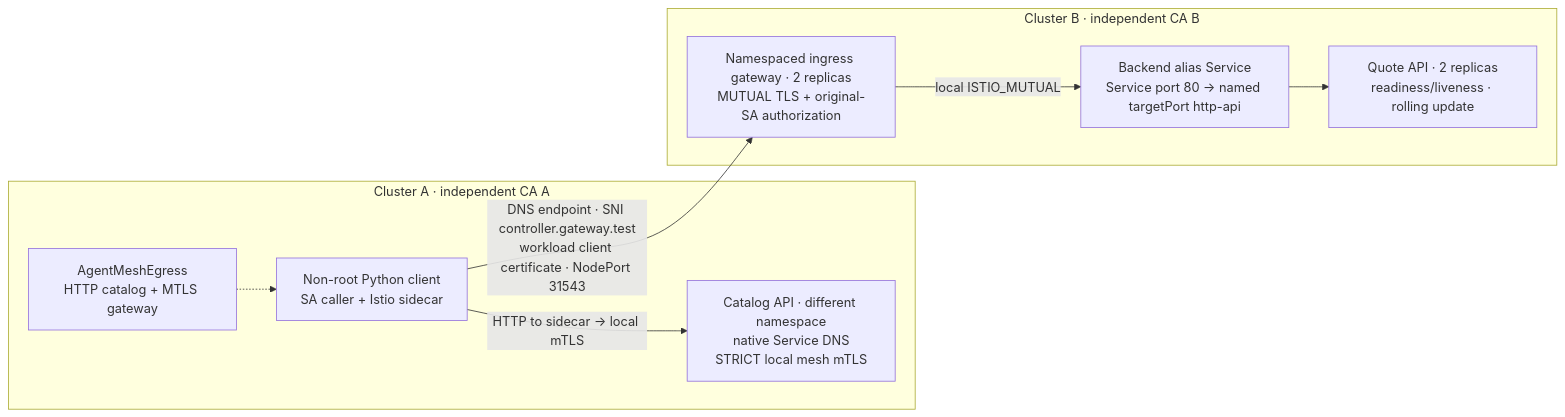
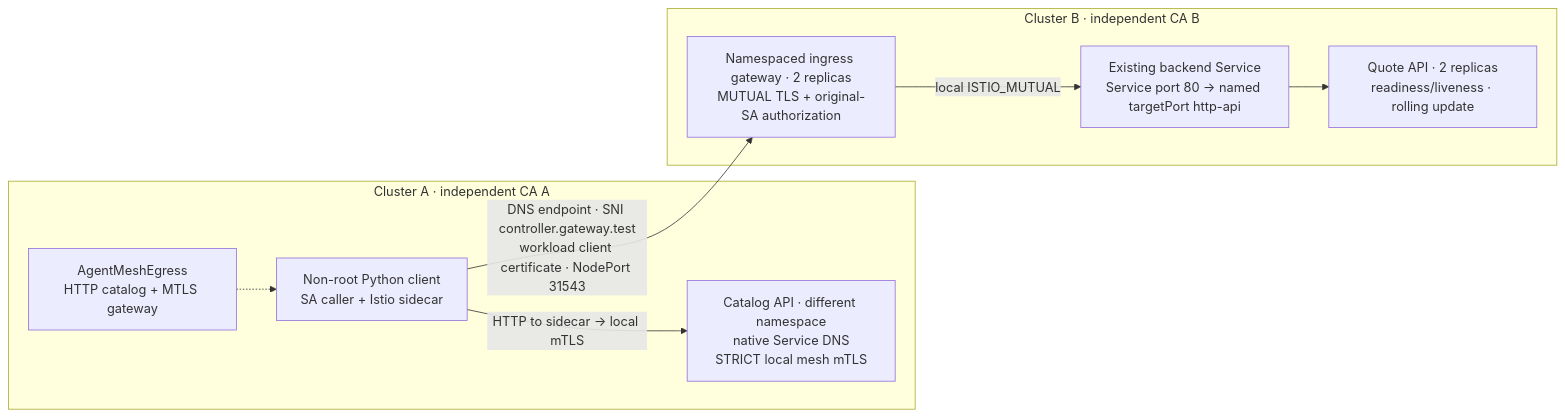
One commit to newtonguass/ai_agent_mesh changed the diagram in APPLICATION-VERIFICATION.md. Above: the diagram before and after it, drawn with Mermaid. The commit also changed other lines of this file and 45 other files, not shown here.

````diff
--- a/APPLICATION-VERIFICATION.md
+++ b/APPLICATION-VERIFICATION.md
@@ -59,17 +65,17 @@
 ```mermaid
 flowchart LR
     subgraph A["Cluster A · independent CA A"]
         C["Non-root Python client<br/>SA caller + Istio sidecar"]
         E["AgentMeshEgress<br/>HTTP catalog + MTLS gateway"]
         L["Catalog API · different namespace<br/>native Service DNS<br/>STRICT local mesh mTLS"]
         E -.-> C
         C -->|"HTTP to sidecar → local mTLS"| L
     end
     subgraph B["Cluster B · independent CA B"]
         G["Namespaced ingress gateway · 2 replicas<br/>MUTUAL TLS + original-SA authorization"]
-        S["Backend alias Service<br/>Service port 80 → named targetPort http-api"]
+        S["Existing backend Service<br/>Service port 80 → named targetPort http-api"]
         P["Quote API · 2 replicas<br/>readiness/liveness · rolling update"]
         G -->|"local ISTIO_MUTUAL"| S --> P
     end
     C -->|"DNS endpoint · SNI controller.gateway.test<br/>workload client certificate · NodePort 31543"| G
 ```
````
